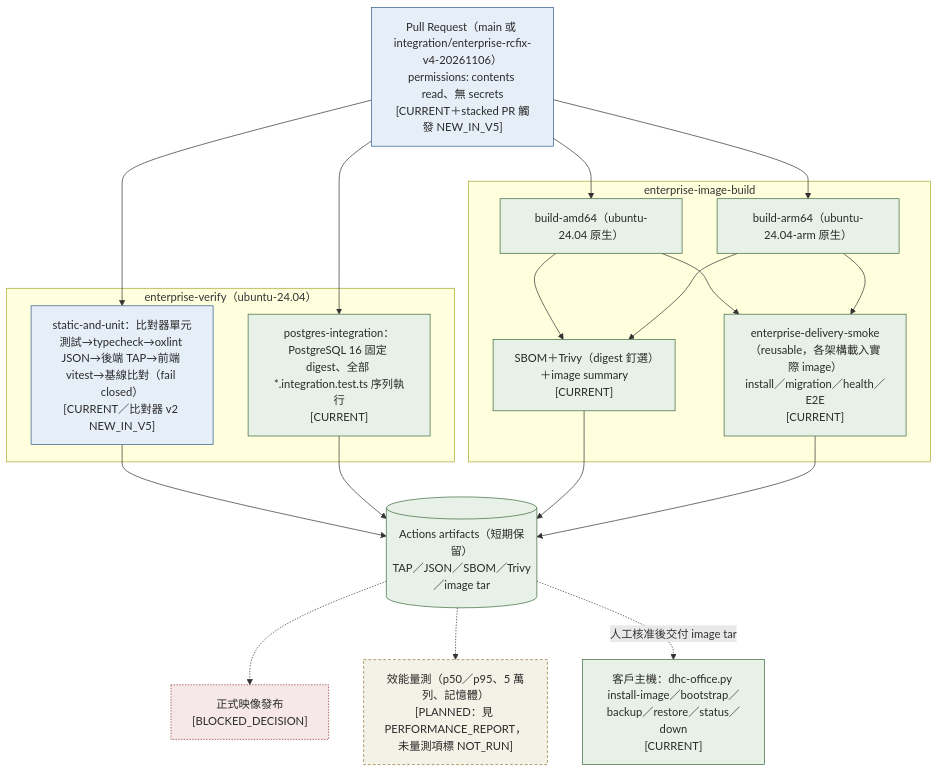
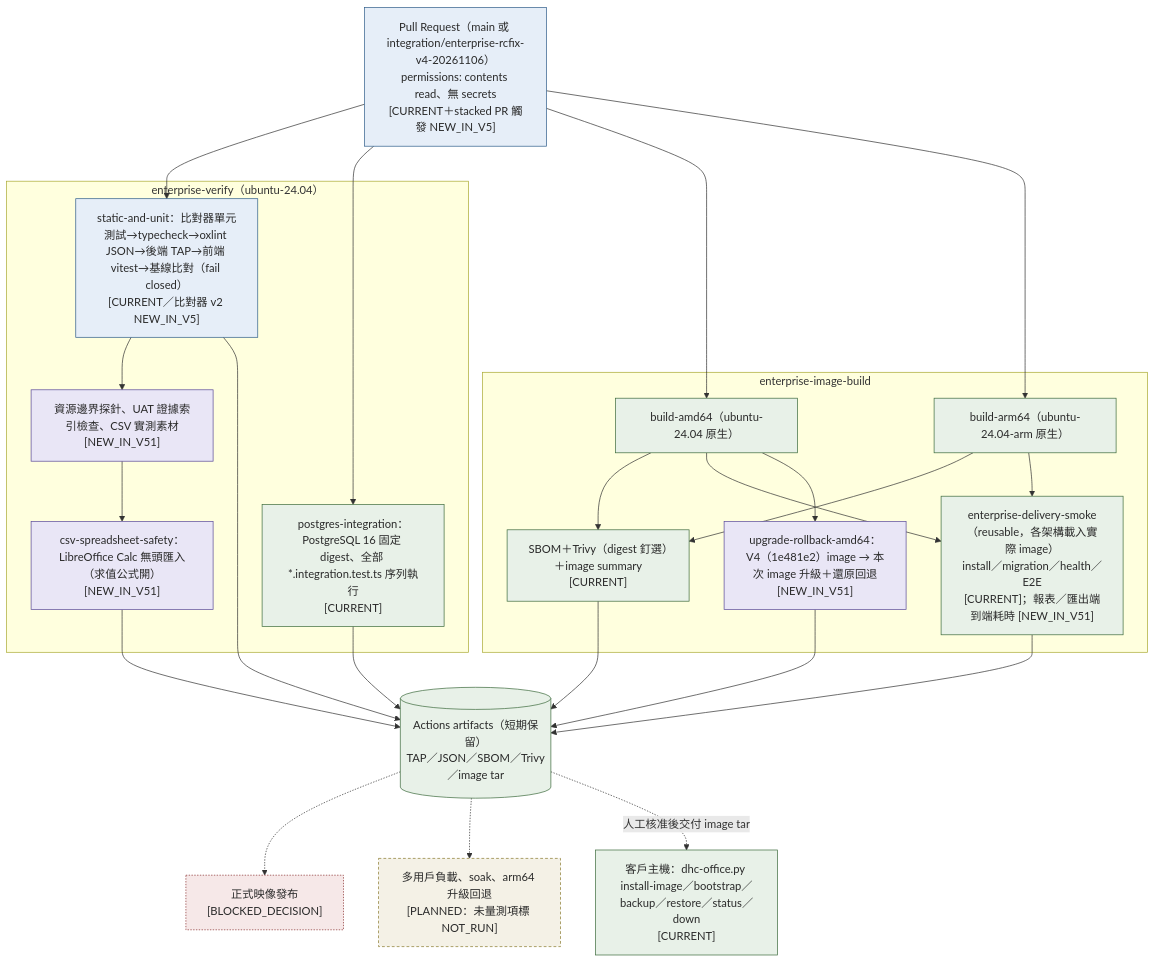
One commit to hades60414-sys/DHC-AI-SYSTEM changed the diagram in web-ui/docs/enterprise/architecture/DEPLOYMENT_CI_ARCHITECTURE.mmd. Above: the diagram before and after it, drawn with Mermaid. The commit also changed 11 other files, not shown here.

First line of the commit message:
docs(enterprise): V5.1 architecture delta and roadmap (NEW_IN_V51)

```diff
--- a/web-ui/docs/enterprise/architecture/DEPLOYMENT_CI_ARCHITECTURE.mmd
+++ b/web-ui/docs/enterprise/architecture/DEPLOYMENT_CI_ARCHITECTURE.mmd
@@ -1,36 +1,45 @@
 %% CI 與部署架構。來源：.github/workflows/enterprise-*.yml、deploy/ai-office/dhc-office.py。
 flowchart TB
   classDef current fill:#e8f1e8,stroke:#3d6b3d,color:#2A2A2A
   classDef newv5 fill:#e6eef8,stroke:#2f5d8a,color:#2A2A2A
+  classDef newv51 fill:#e9e6f6,stroke:#5a4a9a,color:#2A2A2A
   classDef planned fill:#f4f1e6,stroke:#8a7a2f,color:#2A2A2A,stroke-dasharray:4 3
   classDef blocked fill:#f6e8e8,stroke:#8a2f2f,color:#2A2A2A,stroke-dasharray:2 2
 
   pr["Pull Request（main 或 integration/enterprise-rcfix-v4-20261106）<br/>permissions: contents read、無 secrets<br/>[CURRENT＋stacked PR 觸發 NEW_IN_V5]"]:::newv5
   subgraph verify["enterprise-verify（ubuntu-24.04）"]
     su["static-and-unit：比對器單元測試→typecheck→oxlint JSON→後端 TAP→前端 vitest→基線比對（fail closed）<br/>[CURRENT／比對器 v2 NEW_IN_V5]"]:::newv5
     pg["postgres-integration：PostgreSQL 16 固定 digest、全部 *.integration.test.ts 序列執行<br/>[CURRENT]"]:::current
+    probe["資源邊界探針、UAT 證據索引檢查、CSV 實測素材<br/>[NEW_IN_V51]"]:::newv51
+    lo["csv-spreadsheet-safety：LibreOffice Calc 無頭匯入（求值公式開）<br/>[NEW_IN_V51]"]:::newv51
   end
   subgraph image["enterprise-image-build"]
     a64["build-amd64（ubuntu-24.04 原生）"]:::current
     r64["build-arm64（ubuntu-24.04-arm 原生）"]:::current
     scan["SBOM＋Trivy（digest 釘選）＋image summary<br/>[CURRENT]"]:::current
-    dl["enterprise-delivery-smoke（reusable，各架構載入實際 image）<br/>install／migration／health／E2E<br/>[CURRENT]"]:::current
+    dl["enterprise-delivery-smoke（reusable，各架構載入實際 image）<br/>install／migration／health／E2E<br/>[CURRENT]；報表／匯出端到端耗時 [NEW_IN_V51]"]:::current
+    upg["upgrade-rollback-amd64：V4（1e481e2）image → 本次 image 升級＋還原回退<br/>[NEW_IN_V51]"]:::newv51
   end
   art[("Actions artifacts（短期保留）<br/>TAP／JSON／SBOM／Trivy／image tar")]:::current
   ghcr["正式映像發布<br/>[BLOCKED_DECISION]"]:::blocked
-  perf["效能量測（p50／p95、5 萬列、記憶體）<br/>[PLANNED：見 PERFORMANCE_REPORT，未量測項標 NOT_RUN]"]:::planned
+  perf["多用戶負載、soak、arm64 升級回退<br/>[PLANNED：未量測項標 NOT_RUN]"]:::planned
   cust["客戶主機：dhc-office.py install-image／bootstrap／backup／restore／status／down<br/>[CURRENT]"]:::current
 
   pr --> su
   pr --> pg
   pr --> a64 --> scan
   pr --> r64 --> scan
   a64 --> dl
+  a64 --> upg
+  su --> probe
+  probe --> lo
+  upg --> art
+  lo --> art
   r64 --> dl
   su --> art
   pg --> art
   scan --> art
   dl --> art
   art -.-> ghcr
   art -.-> perf
   art -.->|"人工核准後交付 image tar"| cust
```
